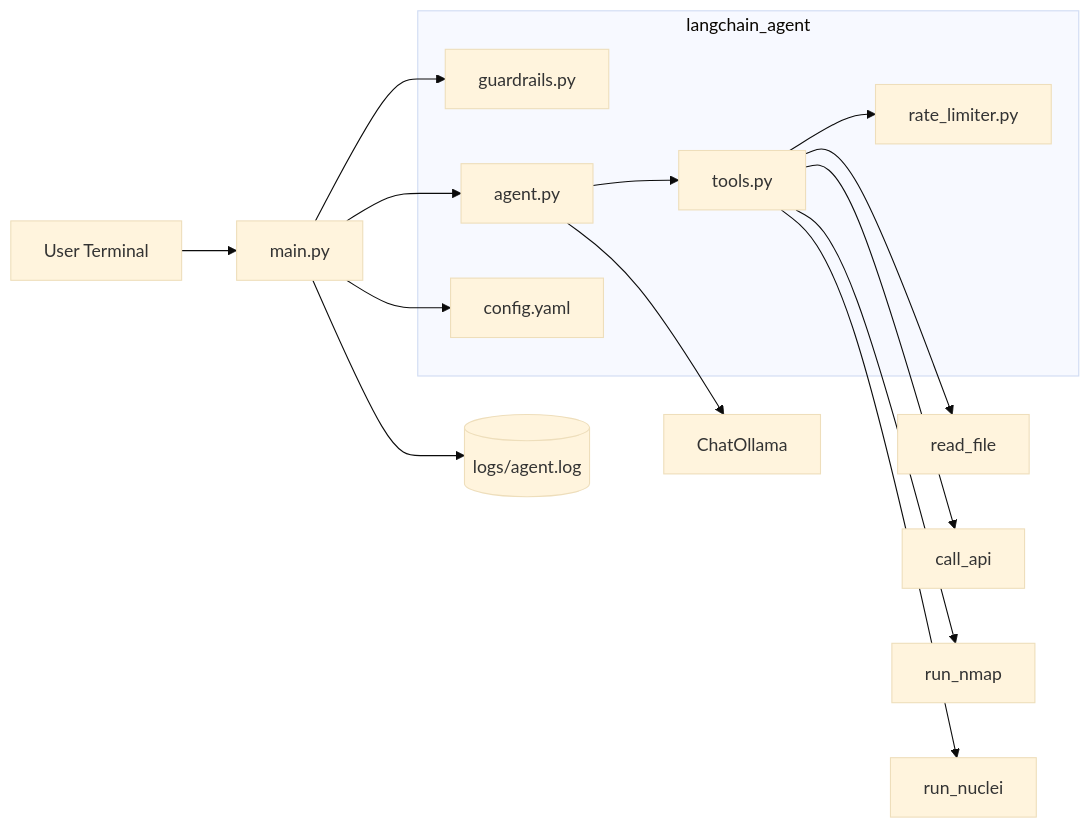
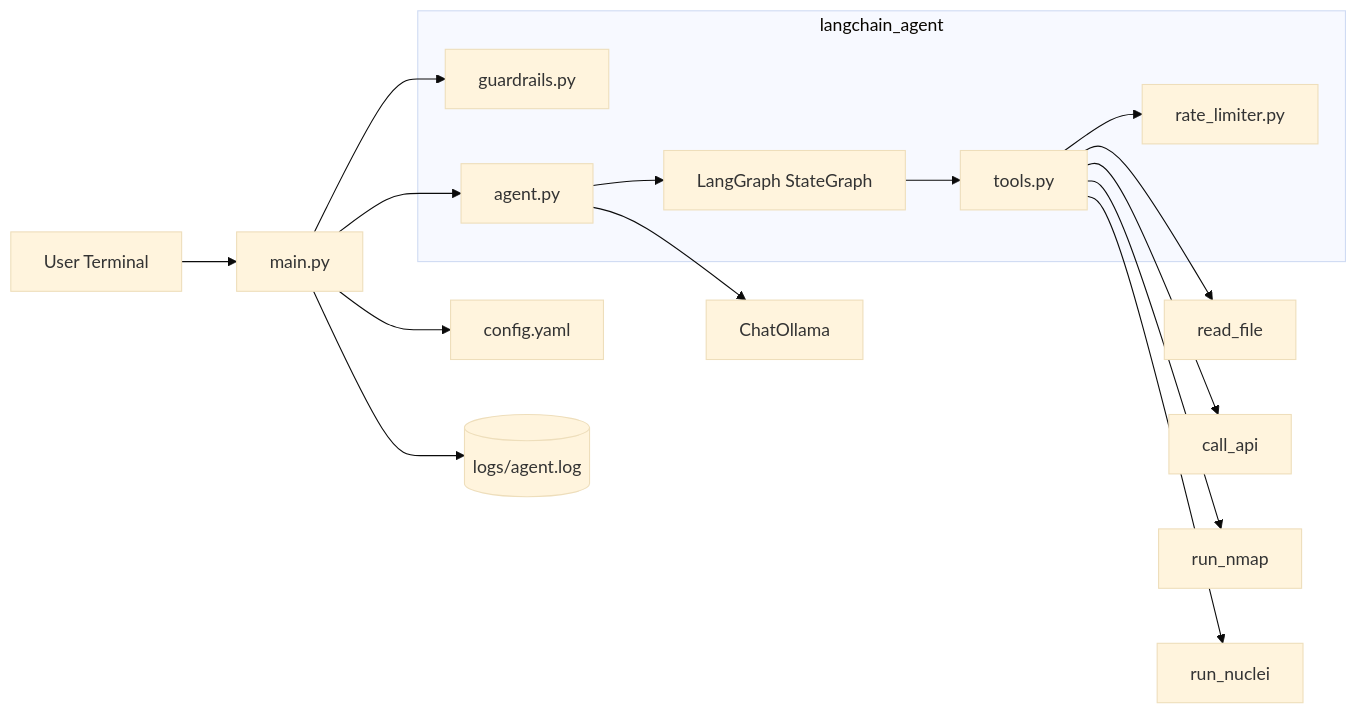
Before and after one commit to soorajrs409/e-agent: the first of 2 diagrams in docs/ARCHITECTURE.md, drawn with Mermaid (base theme). The commit also changed other lines of this file and 29 other files, not shown here.

````diff
--- a/docs/ARCHITECTURE.md
+++ b/docs/ARCHITECTURE.md
@@ -7,23 +7,24 @@
 ```mermaid
 flowchart LR
     U[User Terminal] --> MAIN[main.py]
     MAIN --> GUARD[guardrails.py]
     MAIN --> AGENT[agent.py]
     AGENT --> LLM[ChatOllama]
-    AGENT --> TOOLS[tools.py]
+    AGENT --> GRAPH[LangGraph StateGraph]
+    GRAPH --> TOOLS[tools.py]
     TOOLS --> RF[read_file]
     TOOLS --> CA[call_api]
     TOOLS --> NM[run_nmap]
     TOOLS --> NU[run_nuclei]
     TOOLS --> RL[rate_limiter.py]
     MAIN --> CONFIG[config.yaml]
     MAIN --> LOG[(logs/agent.log)]
     
     subgraph langchain_agent[langchain_agent]
         GUARD
         AGENT
+        GRAPH
         TOOLS
         RL
-        CONFIG
     end
 ```
````
